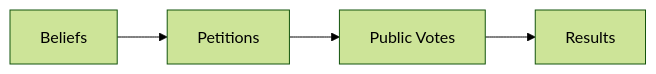
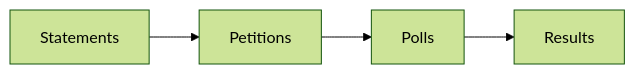
One commit to oursay/oursay changed the first of 3 diagrams in docs/PRD.md. Above: the diagram before and after it, drawn with Mermaid (forest theme). The commit also changed other lines of this file and 33 other files, not shown here.

````diff
--- a/docs/PRD.md
+++ b/docs/PRD.md
@@ -41,4 +41,4 @@
 ```mermaid
 flowchart LR
-  Beliefs --> Petitions --> PublicVotes["Public Votes"] --> Results
+  Statements --> Petitions --> Polls --> Results
 ```
````
